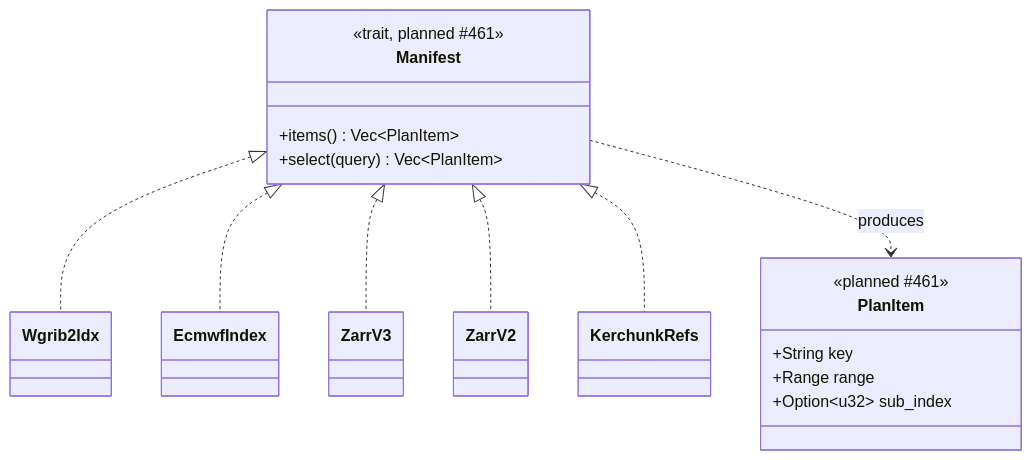
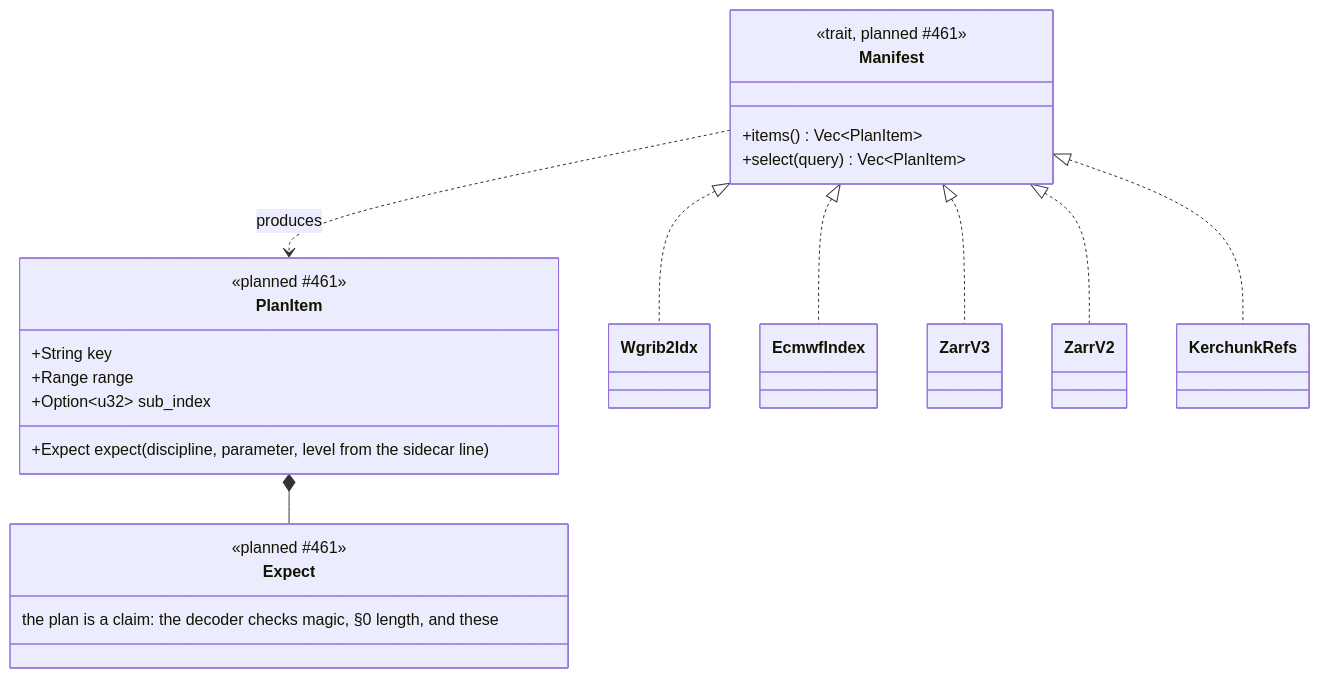
One commit to D0ubleD0uble/fieldglass changed the third of 5 diagrams in docs/architecture/planned/02-trait-seams.md. Above: the diagram before and after it, drawn with Mermaid. The commit also changed other lines of this file and 2 other files, not shown here.

First line of the commit message:
docs(architecture): bring the planned graphs to the end-of-milestones state

````diff
--- a/docs/architecture/planned/02-trait-seams.md
+++ b/docs/architecture/planned/02-trait-seams.md
@@ -92,20 +93,26 @@
 ```mermaid
 classDiagram
     class Manifest {
         <<trait, planned #461>>
         +items() Vec~PlanItem~
         +select(query) Vec~PlanItem~
     }
     class PlanItem {
         <<planned #461>>
         +String key
         +Range range
         +Option~u32~ sub_index
+        +Expect expect (discipline, parameter, level from the sidecar line)
+    }
+    class Expect {
+        <<planned #461>>
+        the plan is a claim: the decoder checks magic, §0 length, and these
     }
     Manifest <|.. Wgrib2Idx
     Manifest <|.. EcmwfIndex
     Manifest <|.. ZarrV3
     Manifest <|.. ZarrV2
     Manifest <|.. KerchunkRefs
     Manifest ..> PlanItem : produces
+    PlanItem *-- Expect
 ```
````
